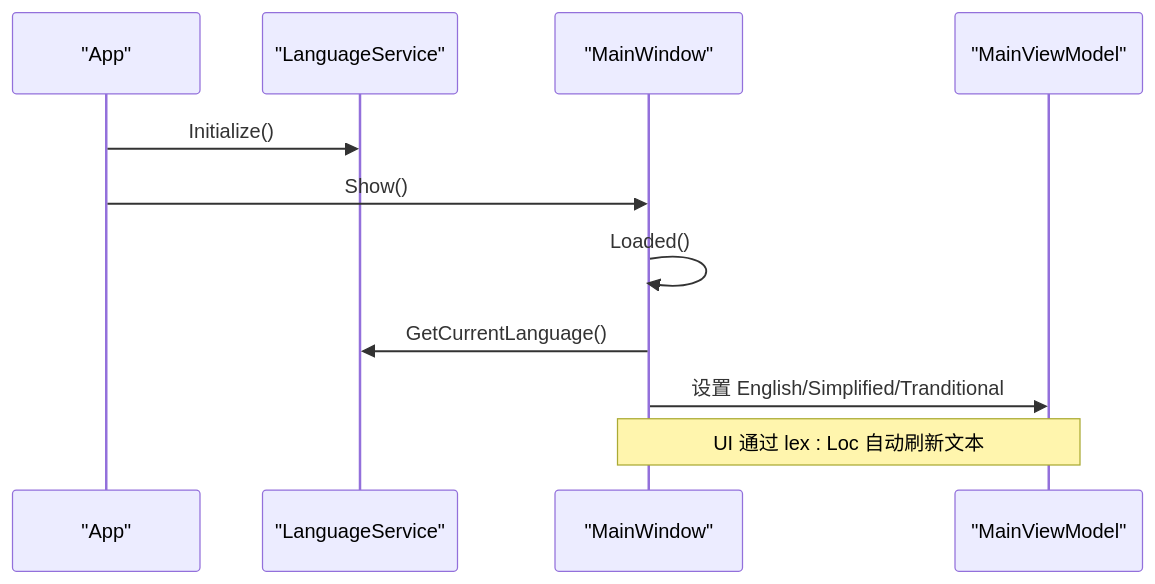
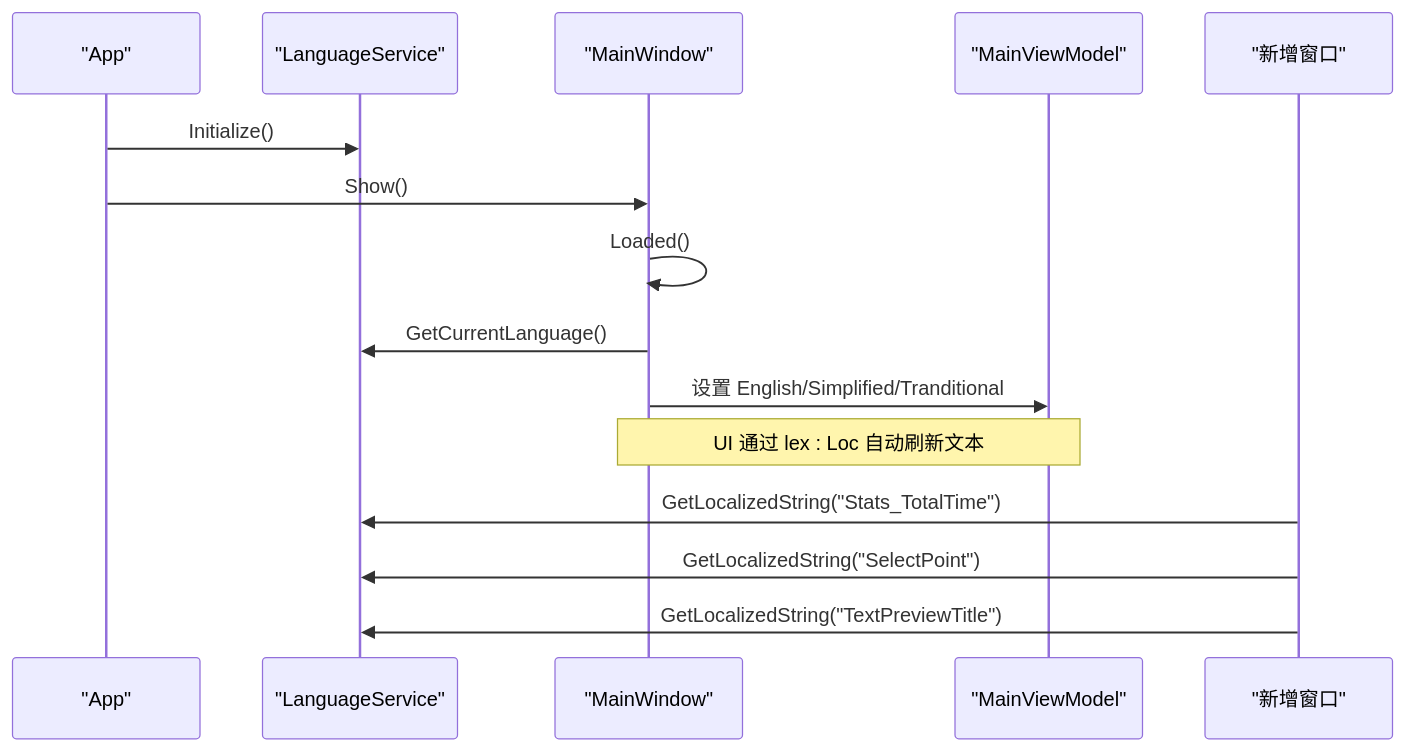
Before and after one commit to yooxii/ShaoLuAuto: diagram 11 of 13 in .qoder/repowiki/zh/content/用户界面系统/用户界面系统.md, drawn with Mermaid. The commit also changed other lines of this file and 9 other files, not shown here.

````diff
--- a/.qoder/repowiki/zh/content/用户界面系统/用户界面系统.md
+++ b/.qoder/repowiki/zh/content/用户界面系统/用户界面系统.md
@@ -323,13 +507,17 @@
 ```mermaid
 sequenceDiagram
 participant App as "App"
 participant Lang as "LanguageService"
 participant MW as "MainWindow"
 participant VM as "MainViewModel"
+participant NEW_WIN as "新增窗口"
 App->>Lang : Initialize()
 App->>MW : Show()
 MW->>MW : Loaded()
 MW->>Lang : GetCurrentLanguage()
 MW->>VM : 设置 English/Simplified/Tranditional
 Note over MW,VM : UI 通过 lex : Loc 自动刷新文本
+NEW_WIN->>Lang : GetLocalizedString("Stats_TotalTime")
+NEW_WIN->>Lang : GetLocalizedString("SelectPoint")
+NEW_WIN->>Lang : GetLocalizedString("TextPreviewTitle")
 ```
````
